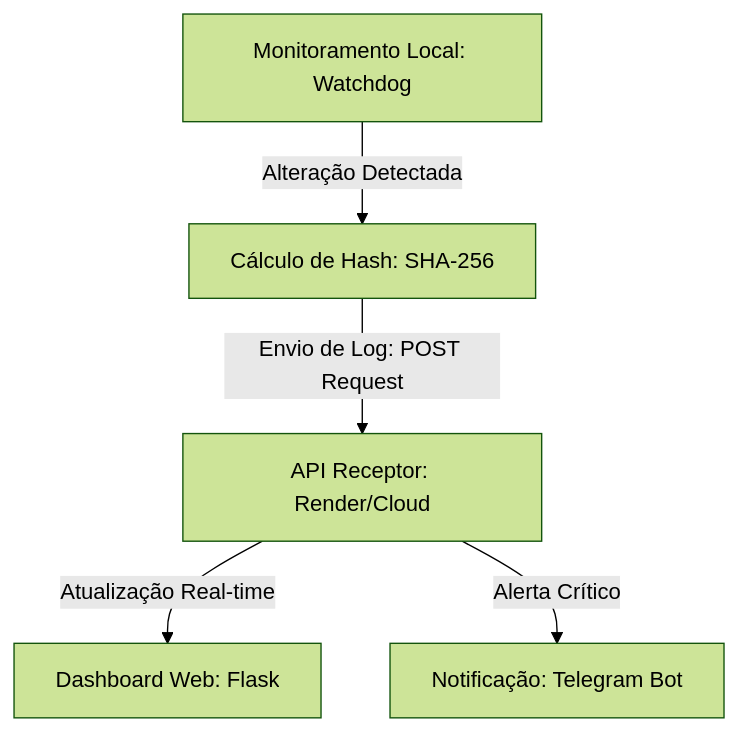
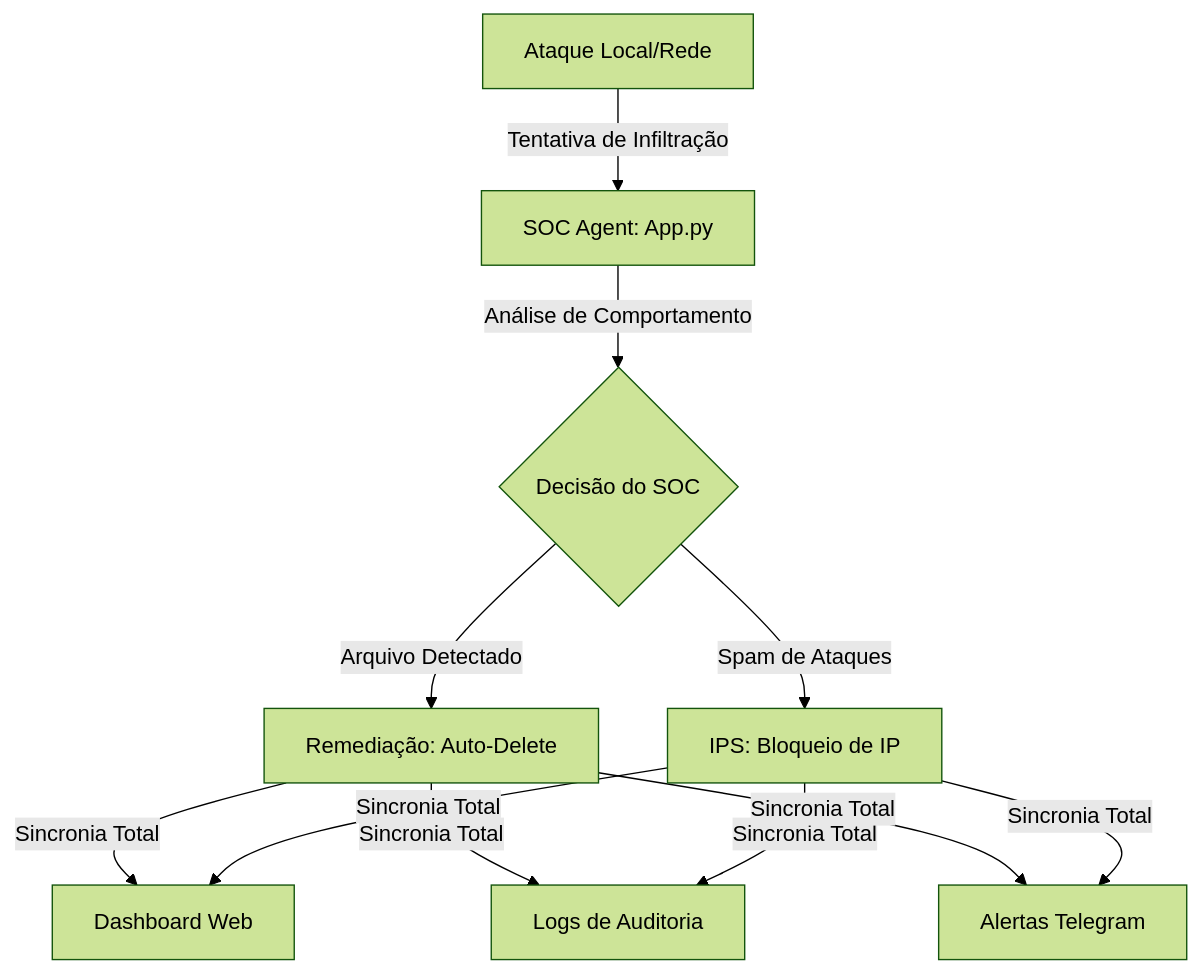
The diagram in README.md (carol-vasconcellos/SOC-Monitor), drawn with Mermaid (forest theme) before and after one commit. The commit also changed other lines of this file, not shown here.

First line of the commit message:
Revise README for SOC Active Response System v3.0

````diff
--- a/README.md
+++ b/README.md
@@ -14,8 +20,11 @@
 ```mermaid
 graph TD
-    A[Monitoramento Local: Watchdog] -->|Alteração Detectada| B[Cálculo de Hash: SHA-256]
-    B -->|Envio de Log: POST Request| C[API Receptor: Render/Cloud]
-    C -->|Atualização Real-time| D[Dashboard Web: Flask]
-    C -->|Alerta Crítico| E[Notificação: Telegram Bot]
+    A[Ataque Local/Rede] -->|Tentativa de Infiltração| B[SOC Agent: App.py]
+    B -->|Análise de Comportamento| C{Decisão do SOC}
+    C -->|Arquivo Detectado| D[Remediação: Auto-Delete]
+    C -->|Spam de Ataques| E[IPS: Bloqueio de IP]
+    D & E -->|Sincronia Total| F[Dashboard Web]
+    D & E -->|Sincronia Total| G[Logs de Auditoria]
+    D & E -->|Sincronia Total| H[Alertas Telegram]
 
 ```
````
